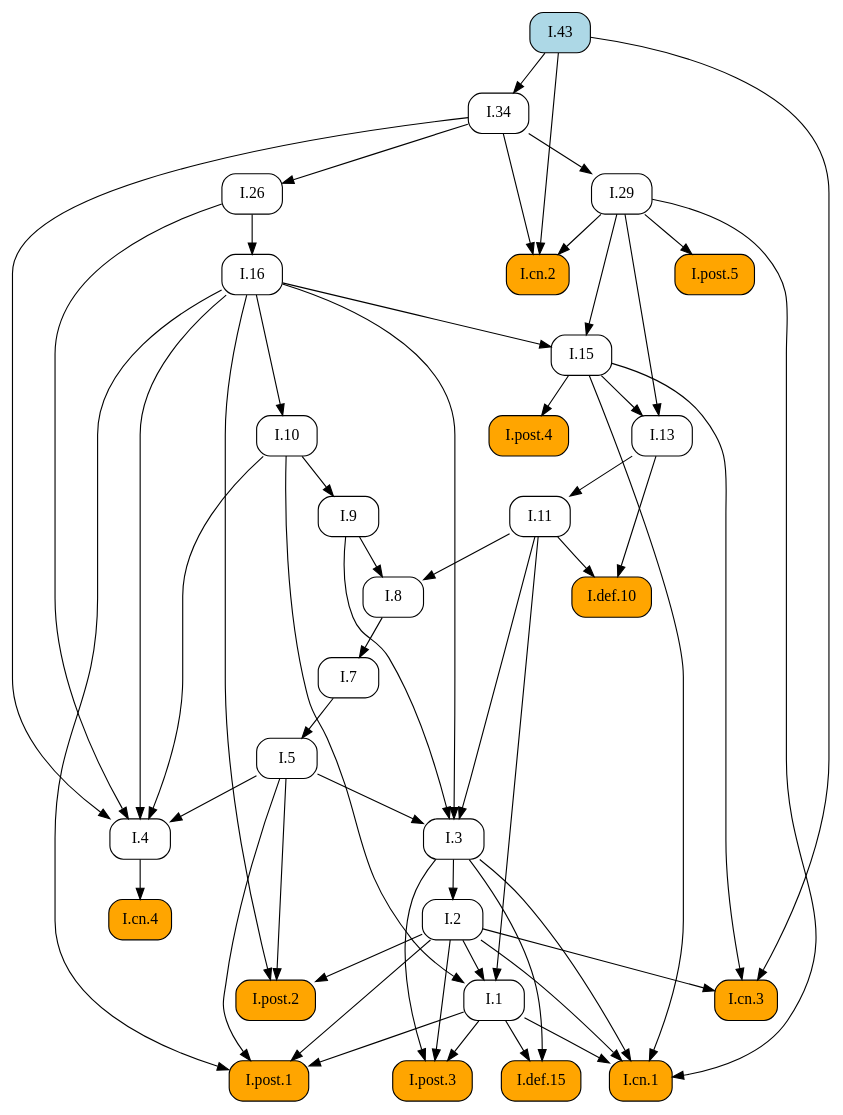
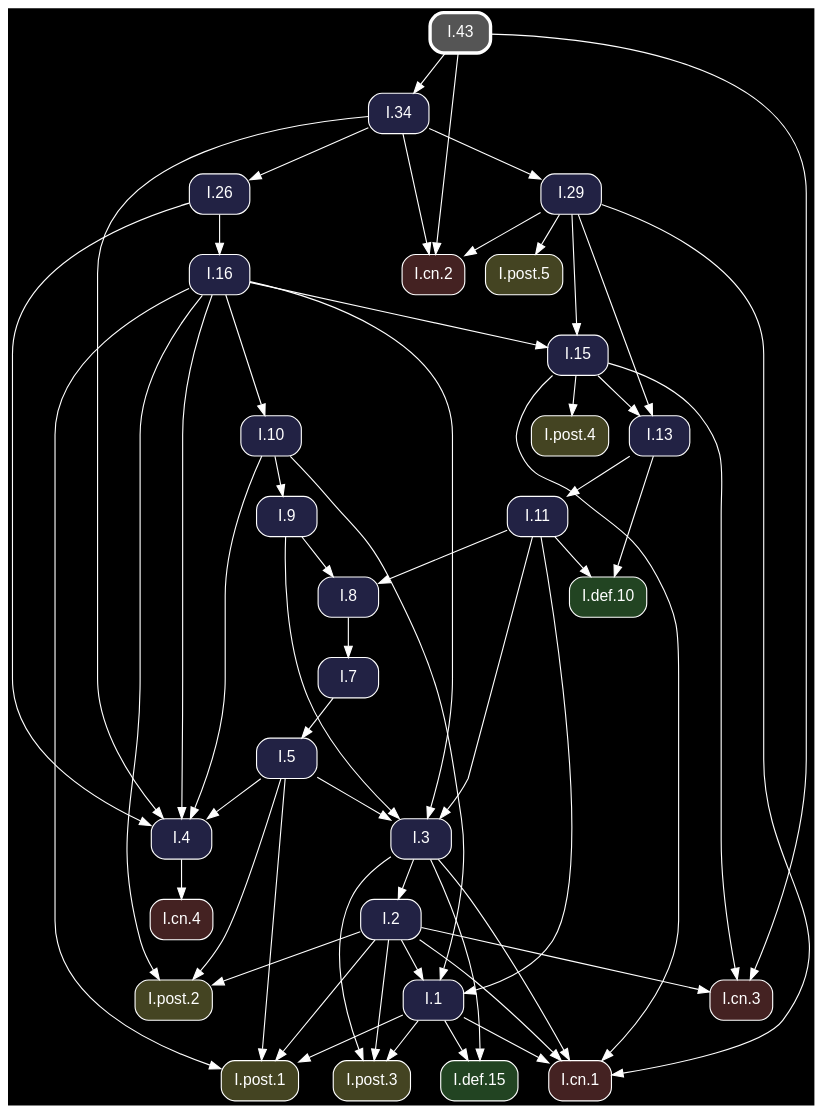
The diagram in docsrc/heath/I/43/index.rst (geometor/elements), drawn with Graphviz before and after one commit. The commit also changed other lines of this file and 1200 other files, not shown here.

Commit message:
update dependency graphs

```diff
--- a/docsrc/heath/I/43/index.rst
+++ b/docsrc/heath/I/43/index.rst
@@ -70,90 +70,92 @@
 .. graphviz::
 
    digraph {
+     bgcolor="black";
+     node [shape=box, style="rounded,filled", fontname="Helvetica", color="white", fontcolor="white"];
+     edge [color="white", fontcolor="white"];
      rankdir="TB";
-     node [shape=box, style=rounded];
-     "I.9" [URL="/heath/I/9/", target="_top"];
-     "I.cn.1" [style="rounded,filled", fillcolor=orange, URL="/heath/I/cn.1/", target="_top"];
-     "I.7" [URL="/heath/I/7/", target="_top"];
-     "I.2" [URL="/heath/I/2/", target="_top"];
-     "I.def.15" [style="rounded,filled", fillcolor=orange, URL="/heath/I/def.15/", target="_top"];
-     "I.13" [URL="/heath/I/13/", target="_top"];
-     "I.post.4" [style="rounded,filled", fillcolor=orange, URL="/heath/I/post.4/", target="_top"];
-     "I.4" [URL="/heath/I/4/", target="_top"];
-     "I.1" [URL="/heath/I/1/", target="_top"];
-     "I.post.3" [style="rounded,filled", fillcolor=orange, URL="/heath/I/post.3/", target="_top"];
-     "I.post.1" [style="rounded,filled", fillcolor=orange, URL="/heath/I/post.1/", target="_top"];
-     "I.5" [URL="/heath/I/5/", target="_top"];
-     "I.8" [URL="/heath/I/8/", target="_top"];
-     "I.29" [URL="/heath/I/29/", target="_top"];
-     "I.cn.3" [style="rounded,filled", fillcolor=orange, URL="/heath/I/cn.3/", target="_top"];
-     "I.43" [style="rounded,filled", fillcolor=lightblue, URL="/heath/I/43/", target="_top"];
-     "I.16" [URL="/heath/I/16/", target="_top"];
-     "I.def.10" [style="rounded,filled", fillcolor=orange, URL="/heath/I/def.10/", target="_top"];
-     "I.15" [URL="/heath/I/15/", target="_top"];
-     "I.10" [URL="/heath/I/10/", target="_top"];
-     "I.11" [URL="/heath/I/11/", target="_top"];
-     "I.cn.2" [style="rounded,filled", fillcolor=orange, URL="/heath/I/cn.2/", target="_top"];
-     "I.post.5" [style="rounded,filled", fillcolor=orange, URL="/heath/I/post.5/", target="_top"];
-     "I.cn.4" [style="rounded,filled", fillcolor=orange, URL="/heath/I/cn.4/", target="_top"];
-     "I.post.2" [style="rounded,filled", fillcolor=orange, URL="/heath/I/post.2/", target="_top"];
-     "I.26" [URL="/heath/I/26/", target="_top"];
-     "I.34" [URL="/heath/I/34/", target="_top"];
-     "I.3" [URL="/heath/I/3/", target="_top"];
-     "I.10" -> "I.9";
+     "I.3" [fillcolor="#222244", URL="/heath/I/3/", target="_top"];
+     "I.post.1" [fillcolor="#444422", URL="/heath/I/post.1/", target="_top"];
+     "I.cn.1" [fillcolor="#442222", URL="/heath/I/cn.1/", target="_top"];
+     "I.def.10" [fillcolor="#224422", URL="/heath/I/def.10/", target="_top"];
+     "I.15" [fillcolor="#222244", URL="/heath/I/15/", target="_top"];
+     "I.11" [fillcolor="#222244", URL="/heath/I/11/", target="_top"];
+     "I.16" [fillcolor="#222244", URL="/heath/I/16/", target="_top"];
+     "I.cn.3" [fillcolor="#442222", URL="/heath/I/cn.3/", target="_top"];
+     "I.13" [fillcolor="#222244", URL="/heath/I/13/", target="_top"];
+     "I.2" [fillcolor="#222244", URL="/heath/I/2/", target="_top"];
+     "I.post.2" [fillcolor="#444422", URL="/heath/I/post.2/", target="_top"];
+     "I.cn.2" [fillcolor="#442222", URL="/heath/I/cn.2/", target="_top"];
+     "I.29" [fillcolor="#222244", URL="/heath/I/29/", target="_top"];
+     "I.cn.4" [fillcolor="#442222", URL="/heath/I/cn.4/", target="_top"];
+     "I.9" [fillcolor="#222244", URL="/heath/I/9/", target="_top"];
+     "I.1" [fillcolor="#222244", URL="/heath/I/1/", target="_top"];
+     "I.post.5" [fillcolor="#444422", URL="/heath/I/post.5/", target="_top"];
+     "I.43" [penwidth=3, color="white", fillcolor="#555555", URL="/heath/I/43/", target="_top"];
+     "I.post.4" [fillcolor="#444422", URL="/heath/I/post.4/", target="_top"];
+     "I.26" [fillcolor="#222244", URL="/heath/I/26/", target="_top"];
+     "I.8" [fillcolor="#222244", URL="/heath/I/8/", target="_top"];
+     "I.4" [fillcolor="#222244", URL="/heath/I/4/", target="_top"];
+     "I.post.3" [fillcolor="#444422", URL="/heath/I/post.3/", target="_top"];
+     "I.34" [fillcolor="#222244", URL="/heath/I/34/", target="_top"];
+     "I.7" [fillcolor="#222244", URL="/heath/I/7/", target="_top"];
+     "I.def.15" [fillcolor="#224422", URL="/heath/I/def.15/", target="_top"];
+     "I.5" [fillcolor="#222244", URL="/heath/I/5/", target="_top"];
+     "I.10" [fillcolor="#222244", URL="/heath/I/10/", target="_top"];
+     "I.5" -> "I.3";
+     "I.9" -> "I.3";
+     "I.11" -> "I.3";
+     "I.16" -> "I.3";
+     "I.1" -> "I.post.1";
+     "I.2" -> "I.post.1";
+     "I.5" -> "I.post.1";
+     "I.16" -> "I.post.1";
      "I.1" -> "I.cn.1";
      "I.2" -> "I.cn.1";
      "I.3" -> "I.cn.1";
      "I.15" -> "I.cn.1";
      "I.29" -> "I.cn.1";
-     "I.8" -> "I.7";
-     "I.3" -> "I.2";
-     "I.1" -> "I.def.15";
-     "I.3" -> "I.def.15";
+     "I.11" -> "I.def.10";
+     "I.13" -> "I.def.10";
+     "I.16" -> "I.15";
+     "I.29" -> "I.15";
+     "I.13" -> "I.11";
+     "I.26" -> "I.16";
+     "I.2" -> "I.cn.3";
+     "I.15" -> "I.cn.3";
+     "I.43" -> "I.cn.3";
      "I.15" -> "I.13";
      "I.29" -> "I.13";
+     "I.3" -> "I.2";
+     "I.2" -> "I.post.2";
+     "I.5" -> "I.post.2";
+     "I.16" -> "I.post.2";
+     "I.29" -> "I.cn.2";
+     "I.34" -> "I.cn.2";
+     "I.43" -> "I.cn.2";
+     "I.34" -> "I.29";
+     "I.4" -> "I.cn.4";
+     "I.10" -> "I.9";
+     "I.2" -> "I.1";
+     "I.10" -> "I.1";
+     "I.11" -> "I.1";
+     "I.29" -> "I.post.5";
      "I.15" -> "I.post.4";
+     "I.34" -> "I.26";
+     "I.9" -> "I.8";
+     "I.11" -> "I.8";
      "I.5" -> "I.4";
      "I.10" -> "I.4";
      "I.16" -> "I.4";
      "I.26" -> "I.4";
      "I.34" -> "I.4";
-     "I.2" -> "I.1";
-     "I.10" -> "I.1";
-     "I.11" -> "I.1";
      "I.1" -> "I.post.3";
      "I.2" -> "I.post.3";
      "I.3" -> "I.post.3";
-     "I.1" -> "I.post.1";
-     "I.2" -> "I.post.1";
-     "I.5" -> "I.post.1";
-     "I.16" -> "I.post.1";
+     "I.43" -> "I.34";
+     "I.8" -> "I.7";
+     "I.1" -> "I.def.15";
+     "I.3" -> "I.def.15";
      "I.7" -> "I.5";
-     "I.9" -> "I.8";
-     "I.11" -> "I.8";
-     "I.34" -> "I.29";
-     "I.2" -> "I.cn.3";
-     "I.15" -> "I.cn.3";
-     "I.43" -> "I.cn.3";
-     "I.26" -> "I.16";
-     "I.11" -> "I.def.10";
-     "I.13" -> "I.def.10";
-     "I.16" -> "I.15";
-     "I.29" -> "I.15";
      "I.16" -> "I.10";
-     "I.13" -> "I.11";
-     "I.29" -> "I.cn.2";
-     "I.34" -> "I.cn.2";
-     "I.43" -> "I.cn.2";
-     "I.29" -> "I.post.5";
-     "I.4" -> "I.cn.4";
-     "I.2" -> "I.post.2";
-     "I.5" -> "I.post.2";
-     "I.16" -> "I.post.2";
-     "I.34" -> "I.26";
-     "I.43" -> "I.34";
-     "I.5" -> "I.3";
-     "I.9" -> "I.3";
-     "I.11" -> "I.3";
-     "I.16" -> "I.3";
    }
```
